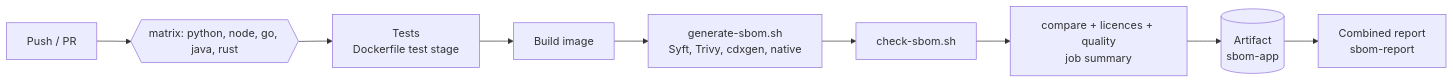
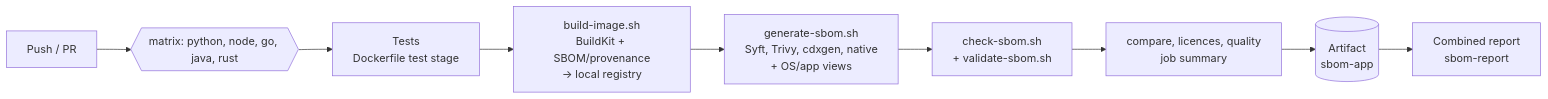
The diagram in README.md (jotavare/sbom-poc), drawn with Mermaid before and after one commit. The commit also changed other lines of this file and 27 other files, not shown here.

First line of the commit message:
feat: apply SBOM review fixes (security, licences, identity)

````diff
--- a/README.md
+++ b/README.md
@@ -160,11 +193,11 @@
 ```mermaid
 flowchart LR
   push[Push / PR] --> m{{matrix: python, node, go, java, rust}}
   m --> t[Tests<br/>Dockerfile test stage]
-  t --> b[Build image]
-  b --> g[generate-sbom.sh<br/>Syft, Trivy, cdxgen, native]
-  g --> c[check-sbom.sh]
-  c --> s[compare + licences + quality<br/>job summary]
+  t --> b[build-image.sh<br/>BuildKit + SBOM/provenance<br/>-> local registry]
+  b --> g[generate-sbom.sh<br/>Syft, Trivy, cdxgen, native<br/>+ OS/app views]
+  g --> c[check-sbom.sh<br/>+ validate-sbom.sh]
+  c --> s[compare, licences, quality<br/>job summary]
   s --> a[(Artifact<br/>sbom-app)]
   a --> rep[Combined report<br/>sbom-report]
 ```
````
